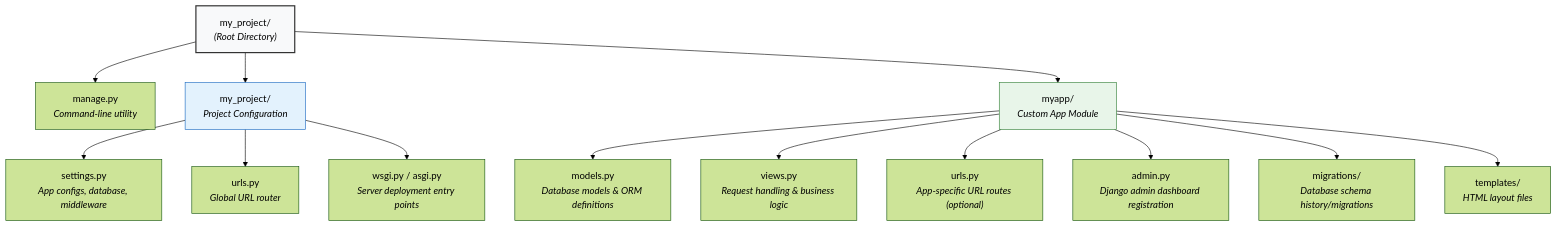
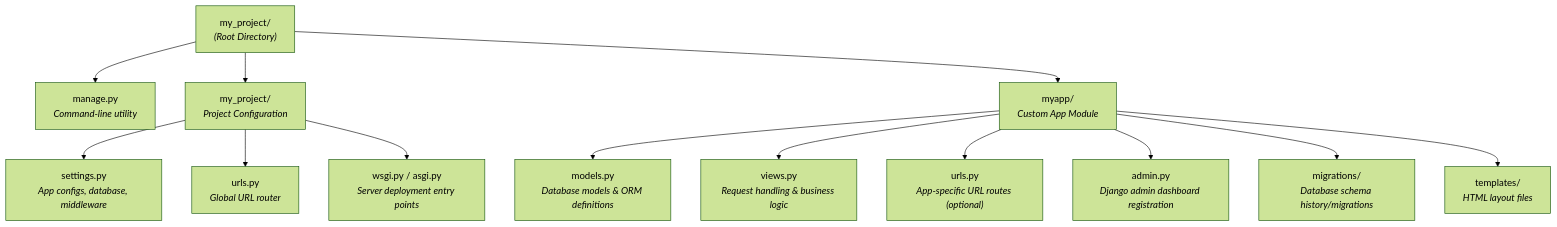
One commit to matt2ology/tech-journal-and-blog changed the third of 3 diagrams in synthesis/courses/django-6-the-big-picture/00-django-6-the-big-picture-synthesis.md. Above: the diagram before and after it, drawn with Mermaid (forest theme).

Commit message:
fix: remove unnecessary styling comments from flowchart in Django 6 synthesis

````diff
--- a/synthesis/courses/django-6-the-big-picture/00-django-6-the-big-picture-synthesis.md
+++ b/synthesis/courses/django-6-the-big-picture/00-django-6-the-big-picture-synthesis.md
@@ -92,24 +92,19 @@
 ```mermaid
 flowchart TD
     Root["my_project/<br/><i>(Root Directory)</i>"] --> Manage["manage.py<br/><i>Command-line utility</i>"]
     Root --> ProjConfig["my_project/<br/><i>Project Configuration</i>"]
     Root --> AppDir["myapp/<br/><i>Custom App Module</i>"]
 
     %% Project Configuration Files
     ProjConfig --> Settings["settings.py<br/><i>App configs, database, middleware</i>"]
     ProjConfig --> ProjUrls["urls.py<br/><i>Global URL router</i>"]
     ProjConfig --> WSGI["wsgi.py / asgi.py<br/><i>Server deployment entry points</i>"]
 
     %% App Files & Folders
     AppDir --> Models["models.py<br/><i>Database models &amp; ORM definitions</i>"]
     AppDir --> Views["views.py<br/><i>Request handling &amp; business logic</i>"]
     AppDir --> AppUrls["urls.py<br/><i>App-specific URL routes (optional)</i>"]
     AppDir --> Admin["admin.py<br/><i>Django admin dashboard registration</i>"]
     AppDir --> Migrations["migrations/<br/><i>Database schema history/migrations</i>"]
     AppDir --> Templates["templates/<br/><i>HTML layout files</i>"]
-
-    %% Styling for clarity
-    style Root fill:#f8f9fa,stroke:#333,stroke-width:2px
-    style ProjConfig fill:#e3f2fd,stroke:#1565c0,stroke-width:1px
-    style AppDir fill:#e8f5e9,stroke:#2e7d32,stroke-width:1px
 ```
````
